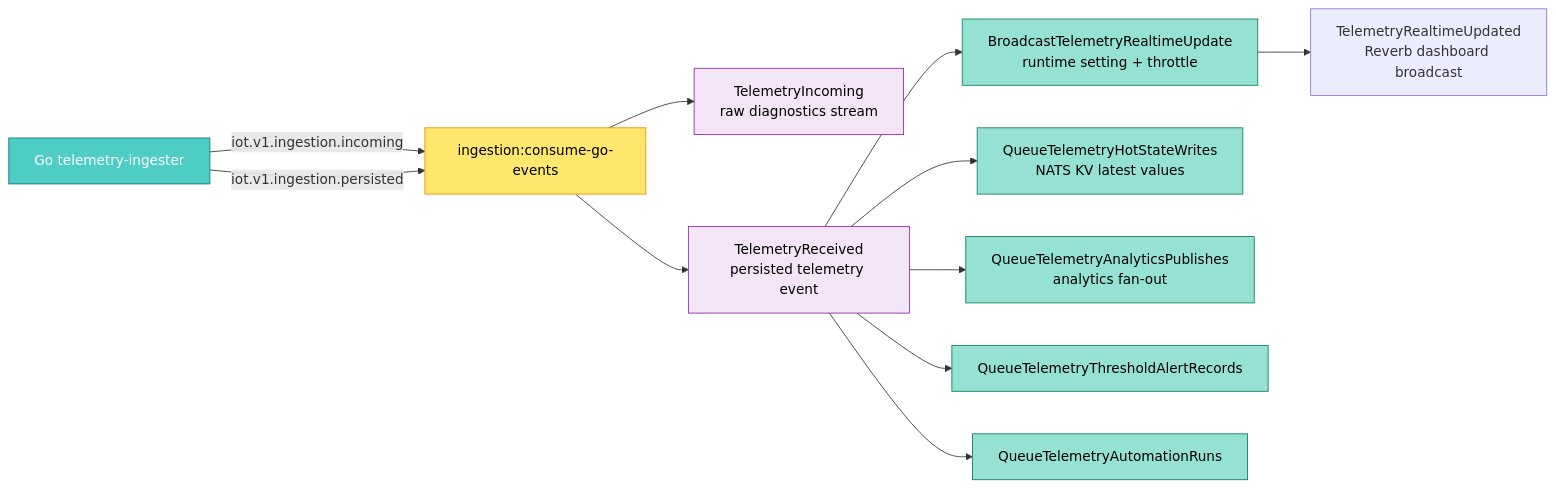
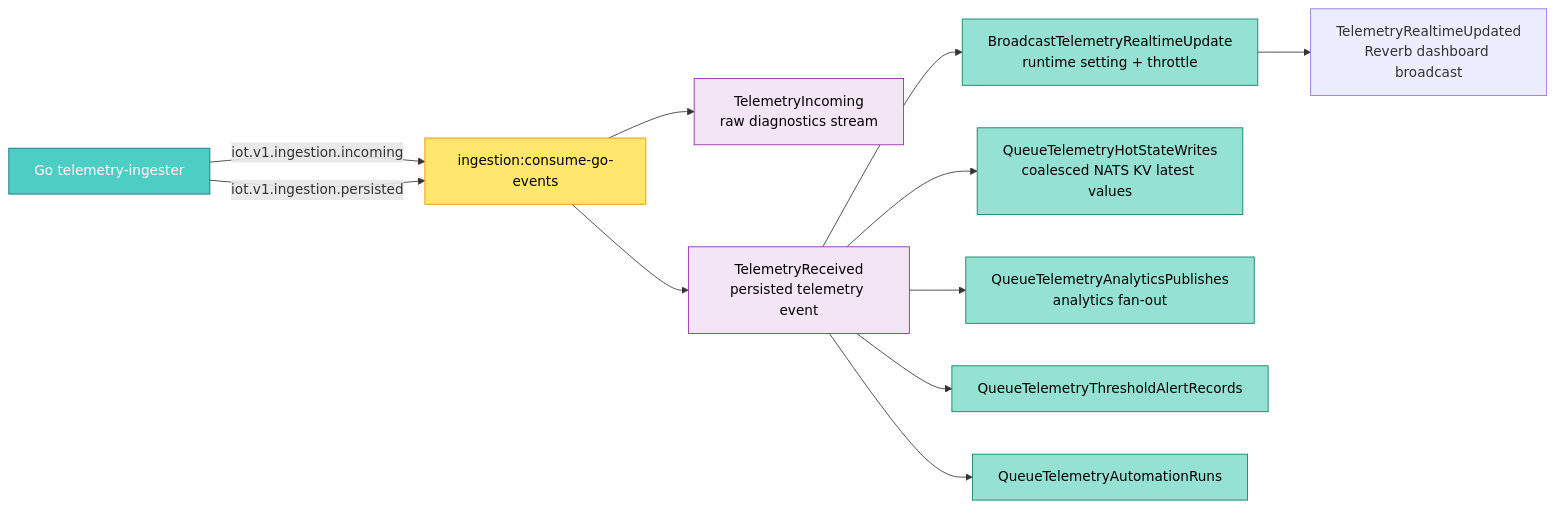
The fifth of 6 diagrams in docs/data-ingestion/02-architecture.md (Althinect/iot-portal), drawn with Mermaid before and after one commit. The commit also changed other lines of this file and 7 other files, not shown here.

Commit message:
Coalesce telemetry hot state writes

````diff
--- a/docs/data-ingestion/02-architecture.md
+++ b/docs/data-ingestion/02-architecture.md
@@ -201,25 +204,25 @@
 ```mermaid
 flowchart LR
     Go["Go telemetry-ingester"] -->|iot.v1.ingestion.incoming| Bridge["ingestion:consume-go-events"]
     Go -->|iot.v1.ingestion.persisted| Bridge
 
     Bridge --> Incoming["TelemetryIncoming<br/>raw diagnostics stream"]
     Bridge --> Received["TelemetryReceived<br/>persisted telemetry event"]
 
  Received --> Broadcast["BroadcastTelemetryRealtimeUpdate<br/>runtime setting + throttle"]
  Broadcast --> Reverb["TelemetryRealtimeUpdated<br/>Reverb dashboard broadcast"]
-    Received --> HotState["QueueTelemetryHotStateWrites<br/>NATS KV latest values"]
+    Received --> HotState["QueueTelemetryHotStateWrites<br/>coalesced NATS KV latest values"]
     Received --> Analytics["QueueTelemetryAnalyticsPublishes<br/>analytics fan-out"]
     Received --> Alerts["QueueTelemetryThresholdAlertRecords"]
     Received --> Automation["QueueTelemetryAutomationRuns"]
 
     classDef go fill:#4ECDC4,stroke:#0B7285,color:#fff
     classDef bridge fill:#FFE66D,stroke:#F08C00,color:#000
     classDef event fill:#F3E5F5,stroke:#8E24AA,color:#000
     classDef sidefx fill:#95E1D3,stroke:#087F5B,color:#000
 
     class Go go
     class Bridge bridge
     class Incoming,Received event
     class Broadcast,HotState,Analytics,Alerts,Automation sidefx
 ```
````
